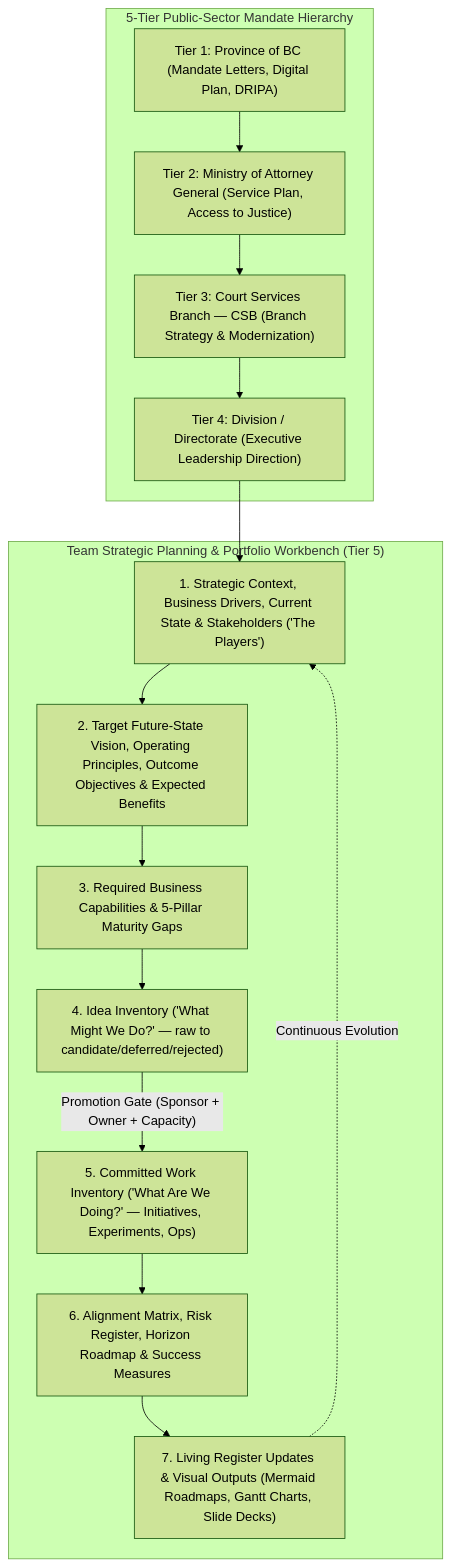
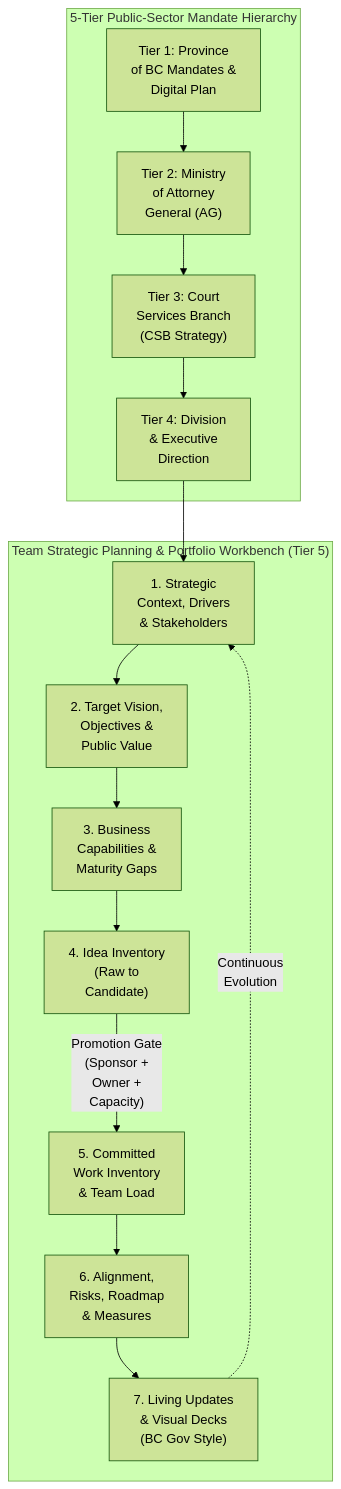
The diagram in README.md (bcgov/strategic-planning-workbench), drawn with Mermaid (forest theme) before and after one commit. The commit also changed 5 other files, not shown here.

Commit message:
Wrap Mermaid box and edge labels with <br> tags to prevent GitHub clipping

````diff
--- a/README.md
+++ b/README.md
@@ -15,27 +15,27 @@
 ```mermaid
 flowchart TD
     subgraph H["5-Tier Public-Sector Mandate Hierarchy"]
-        T1["Tier 1: Province of BC (Mandate Letters, Digital Plan, DRIPA)"]
-        T2["Tier 2: Ministry of Attorney General (Service Plan, Access to Justice)"]
-        T3["Tier 3: Court Services Branch — CSB (Branch Strategy & Modernization)"]
-        T4["Tier 4: Division / Directorate (Executive Leadership Direction)"]
+        T1["Tier 1: Province<br>of BC Mandates &<br>Digital Plan"]
+        T2["Tier 2: Ministry<br>of Attorney<br>General (AG)"]
+        T3["Tier 3: Court<br>Services Branch<br>(CSB Strategy)"]
+        T4["Tier 4: Division<br>& Executive<br>Direction"]
         T1 --> T2 --> T3 --> T4
     end
 
     subgraph W["Team Strategic Planning & Portfolio Workbench (Tier 5)"]
-        A["1. Strategic Context, Business Drivers, Current State & Stakeholders ('The Players')"]
-        B["2. Target Future-State Vision, Operating Principles, Outcome Objectives & Expected Benefits"]
-        C["3. Required Business Capabilities & 5-Pillar Maturity Gaps"]
-        D["4. Idea Inventory ('What Might We Do?' — raw to candidate/deferred/rejected)"]
-        E["5. Committed Work Inventory ('What Are We Doing?' — Initiatives, Experiments, Ops)"]
-        F["6. Alignment Matrix, Risk Register, Horizon Roadmap & Success Measures"]
-        G["7. Living Register Updates & Visual Outputs (Mermaid Roadmaps, Gantt Charts, Slide Decks)"]
+        A["1. Strategic<br>Context, Drivers<br>& Stakeholders"]
+        B["2. Target Vision,<br>Objectives &<br>Public Value"]
+        C["3. Business<br>Capabilities &<br>Maturity Gaps"]
+        D["4. Idea Inventory<br>(Raw to<br>Candidate)"]
+        E["5. Committed<br>Work Inventory<br>& Team Load"]
+        F["6. Alignment,<br>Risks, Roadmap<br>& Measures"]
+        G["7. Living Updates<br>& Visual Decks<br>(BC Gov Style)"]
 
         A --> B --> C --> D
-        D -->|"Promotion Gate (Sponsor + Owner + Capacity)"| E
+        D -->|"Promotion Gate<br>(Sponsor +<br>Owner +<br>Capacity)"| E
         E --> F --> G
-        G -.->|"Continuous Evolution"| A
+        G -.->|"Continuous<br>Evolution"| A
     end
 
     T4 --> A
 ```
````
